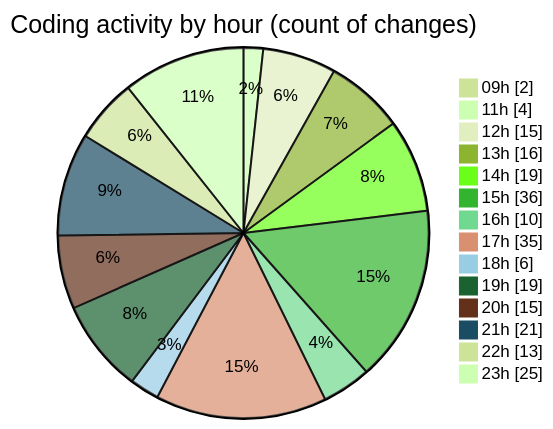
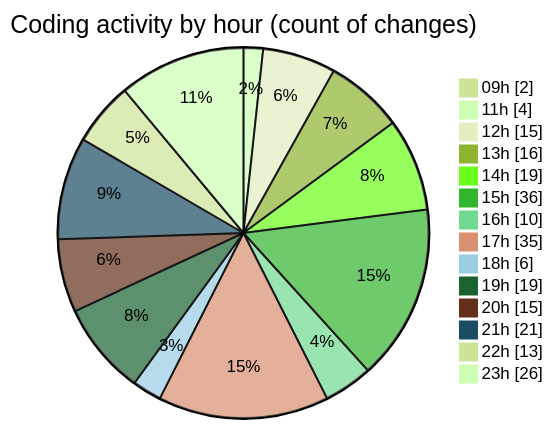
The second of 2 diagrams in 2025-04-30/niten/README.md (Elitesun/code-tracking), drawn with Mermaid (forest theme) before and after one commit. The commit also changed other lines of this file and 1 other file, not shown here.

````diff
--- a/2025-04-30/niten/README.md
+++ b/2025-04-30/niten/README.md
@@ -91,18 +92,18 @@
 ```mermaid
 pie showData
 title Coding activity by hour (count of changes)
 "09h" : 2
 "11h" : 4
 "12h" : 15
 "13h" : 16
 "14h" : 19
 "15h" : 36
 "16h" : 10
 "17h" : 35
 "18h" : 6
 "19h" : 19
 "20h" : 15
 "21h" : 21
 "22h" : 13
-"23h" : 25
+"23h" : 26
 ```
````
